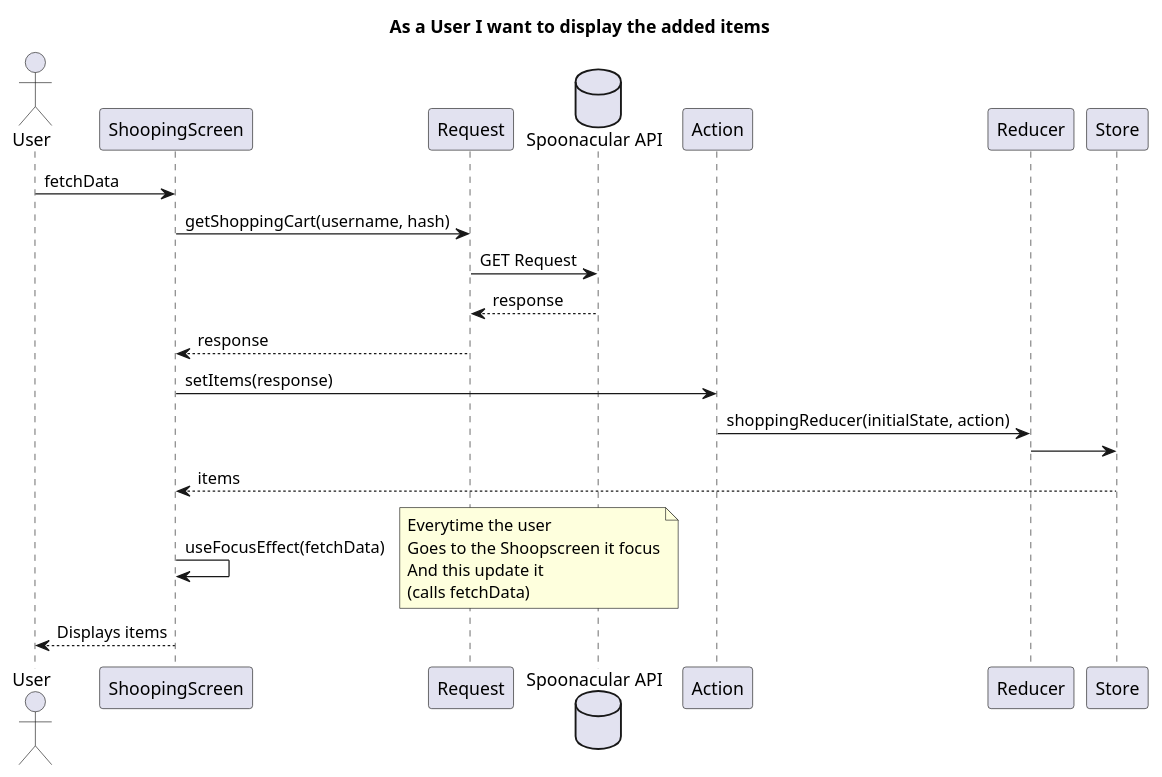
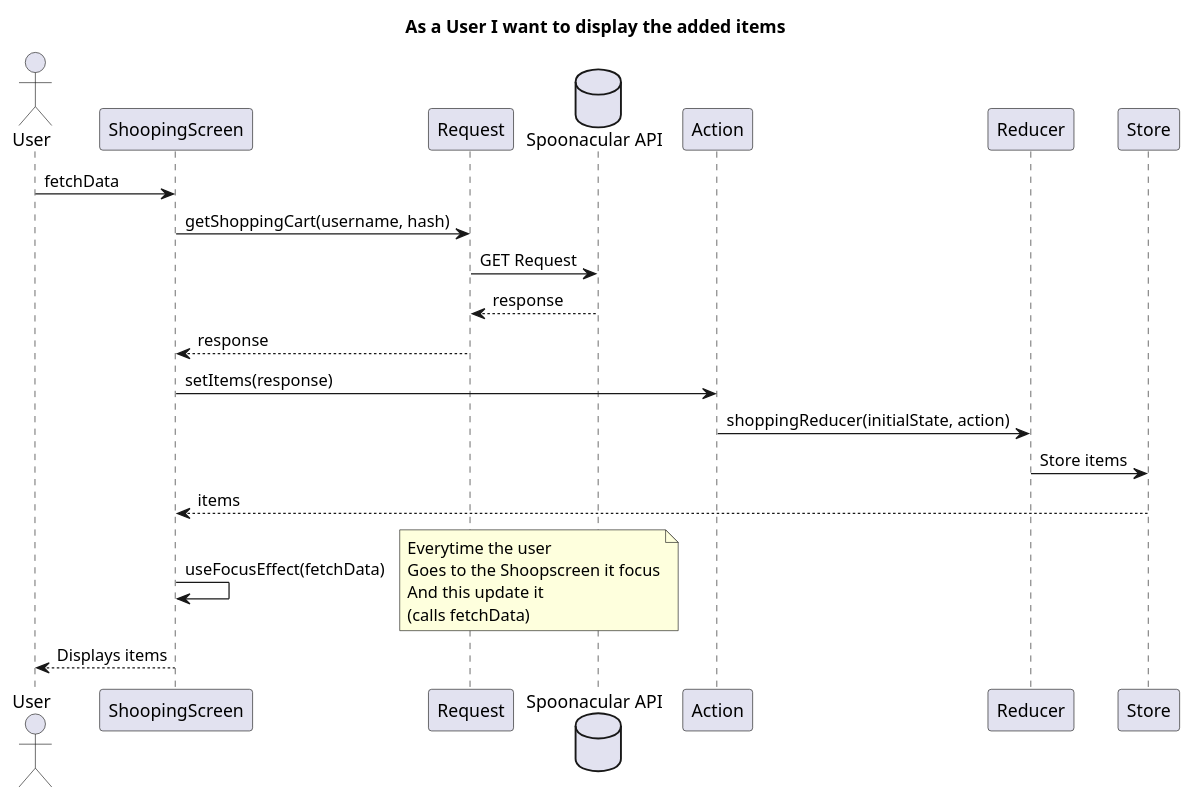
One commit to IsepMartimOliveira/DSSMV_ProjectReact_1181754 changed the diagram in OnlineSupertmarket/docs/US/US06/SD.puml. Above: the diagram before and after it, drawn with PlantUML. The commit also changed 6 other files, not shown here.

```diff
--- a/OnlineSupertmarket/docs/US/US06/SD.puml
+++ b/OnlineSupertmarket/docs/US/US06/SD.puml
@@ -1,31 +1,31 @@
 @startuml
 title As a User I want to display the added items
 
 actor User as User
 
 actor User as User
 participant "ShoopingScreen" as Screen
 participant "Request" as Request
 database "Spoonacular API" as Server
 participant "Action" as AR
 participant "Reducer" as RD
 participant "Store" as Store
 
 User->Screen:fetchData
 Screen->Request:getShoppingCart(username, hash)
 Request->Server:GET Request
 Server-->Request:response
 Request-->Screen:response
 Screen->AR:setItems(response)
 AR->RD:shoppingReducer(initialState, action)
-RD->Store:
+RD->Store:Store items
 Store-->Screen:items
 Screen->Screen:useFocusEffect(fetchData)
 note right
 Everytime the user
 Goes to the Shoopscreen it focus
 And this update it
 (calls fetchData)
 end note
 Screen-->User:Displays items
 @enduml
```
